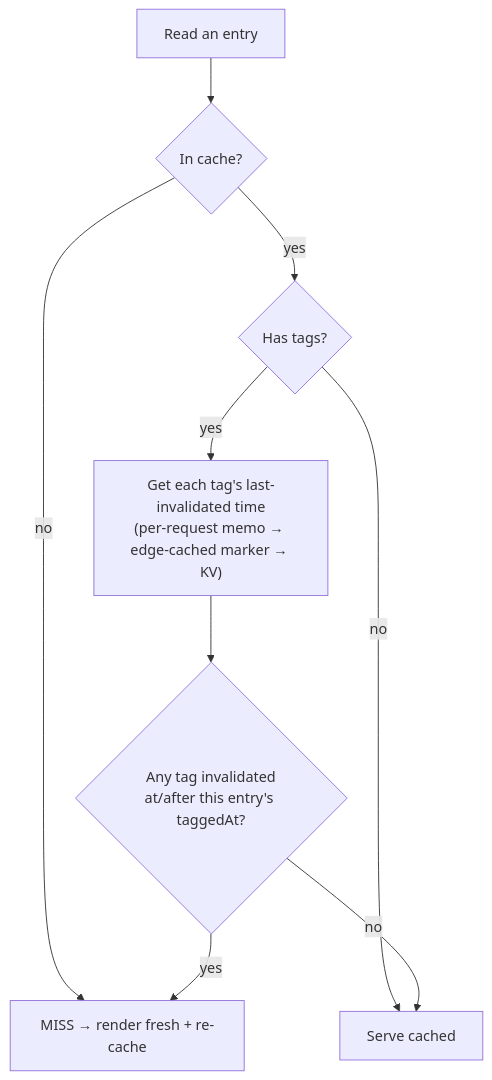
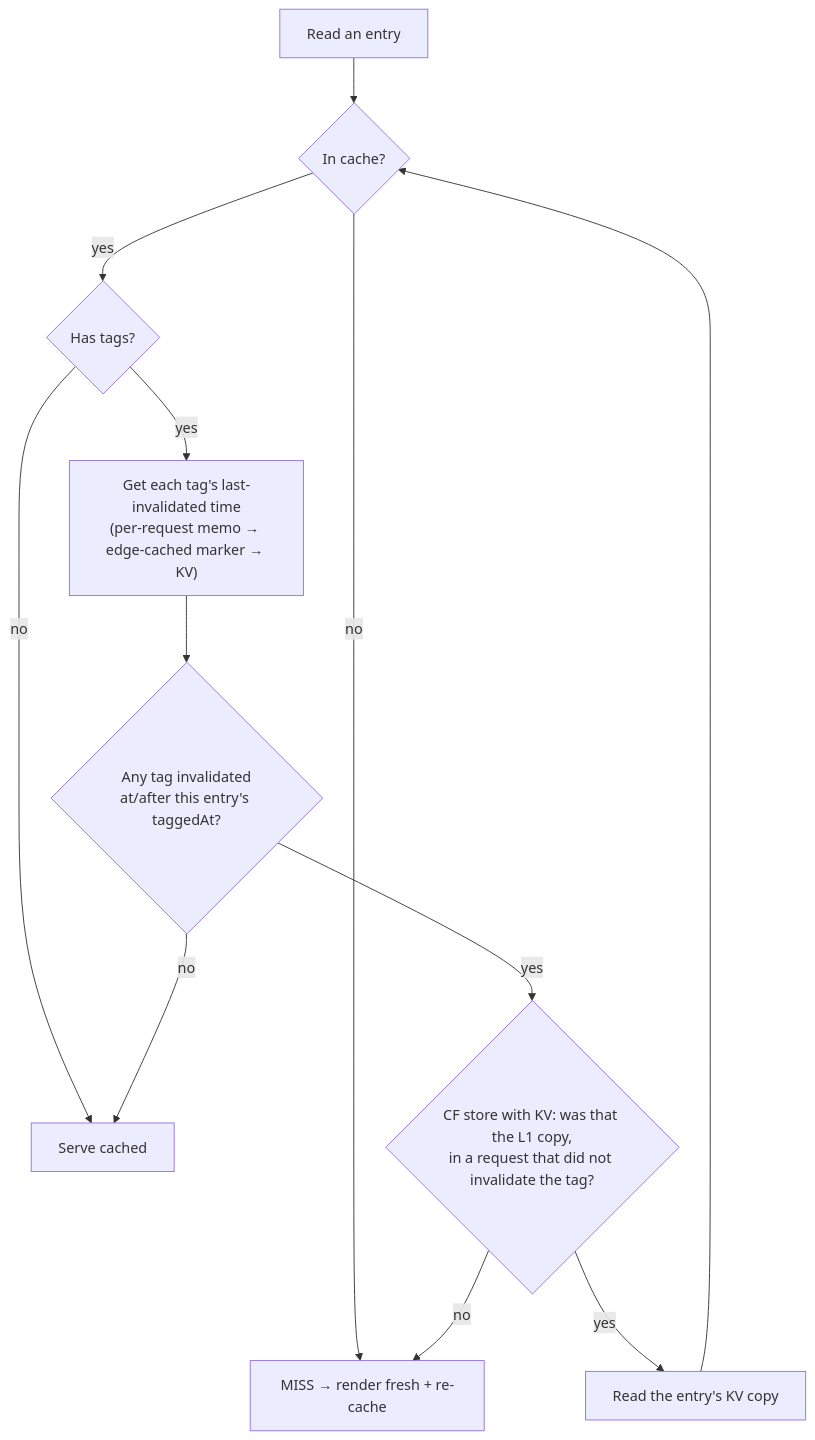
Before and after one commit to rangojs/rango: the fourth of 5 diagrams in docs/design/cache-tags-flow.md, drawn with Mermaid. The commit also changed other lines of this file and 11 other files, not shown here.

````diff
--- a/docs/design/cache-tags-flow.md
+++ b/docs/design/cache-tags-flow.md
@@ -192,11 +192,13 @@
 ```mermaid
 flowchart TD
   A["Read an entry"] --> B{In cache?}
   B -- no --> MISS["MISS → render fresh + re-cache"]
   B -- yes --> C{Has tags?}
   C -- no --> SERVE["Serve cached"]
   C -- yes --> D["Get each tag's last-invalidated time<br/>(per-request memo → edge-cached marker → KV)"]
   D --> E{"Any tag invalidated<br/>at/after this entry's taggedAt?"}
-  E -- yes --> MISS
+  E -- yes --> F{"CF store with KV: was that the L1 copy,<br/>in a request that did not invalidate the tag?"}
+  F -- yes --> G["Read the entry's KV copy"] --> B
+  F -- no --> MISS
   E -- no --> SERVE
 ```
````
